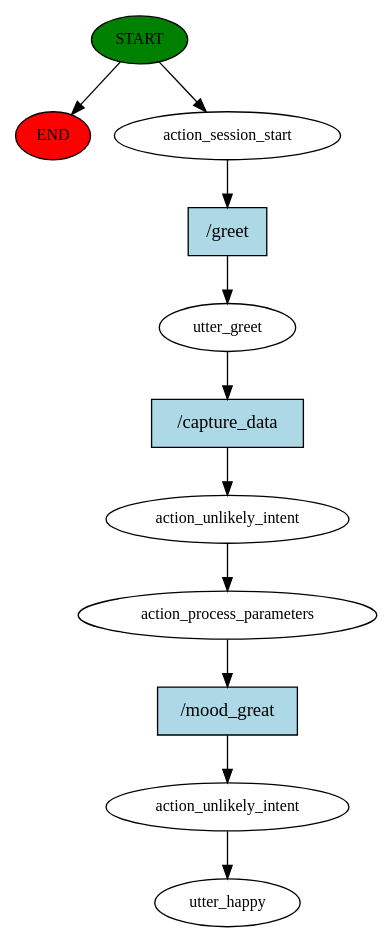
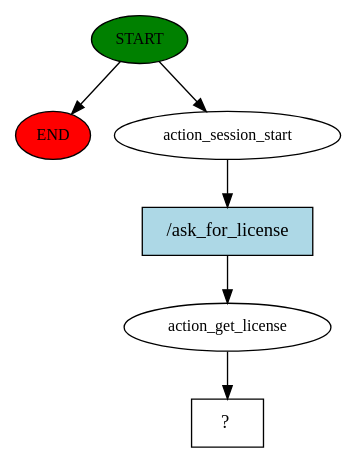
The diagram in src/story_graph.dot (CS-UCY-SEIT-lab/Licy_License_Chatbot_V2), drawn with Graphviz before and after one commit. The commit also changed 440 other files, not shown here.

```diff
--- a/src/story_graph.dot
+++ b/src/story_graph.dot
@@ -1,23 +1,13 @@
 digraph  {
 0 [class="start active", fillcolor=green, fontsize=12, label=START, style=filled];
 "-1" [class=end, fillcolor=red, fontsize=12, label=END, style=filled];
 1 [class=active, fontsize=12, label=action_session_start];
-2 [class=active, fontsize=12, label=utter_greet];
-3 [class=active, fontsize=12, label=action_unlikely_intent];
-4 [class=active, fontsize=12, label=action_process_parameters];
-5 [class=active, fontsize=12, label=action_unlikely_intent];
-6 [class="dashed active", fontsize=12, label=utter_happy];
-7 [class="intent active", fillcolor=lightblue, label="/greet", shape=rect, style=filled];
-8 [class="intent active", fillcolor=lightblue, label="/capture_data", shape=rect, style=filled];
-9 [class="intent active", fillcolor=lightblue, label="/mood_great", shape=rect, style=filled];
+2 [class=active, fontsize=12, label=action_get_license];
+3 [class="intent dashed active", label="  ?  ", shape=rect];
+4 [class="intent active", fillcolor=lightblue, label="/ask_for_license", shape=rect, style=filled];
 0 -> "-1"  [class="", key=NONE, label=""];
 0 -> 1  [class=active, key=NONE, label=""];
-1 -> 7  [class=active, key=0];
-2 -> 8  [class=active, key=0];
-3 -> 4  [class=active, key=NONE, label=""];
-4 -> 9  [class=active, key=0];
-5 -> 6  [class=active, key=NONE, label=""];
-7 -> 2  [class=active, key=0];
-8 -> 3  [class=active, key=0];
-9 -> 5  [class=active, key=0];
+1 -> 4  [class=active, key=0];
+2 -> 3  [class=active, key=NONE, label=""];
+4 -> 2  [class=active, key=0];
 }
```
